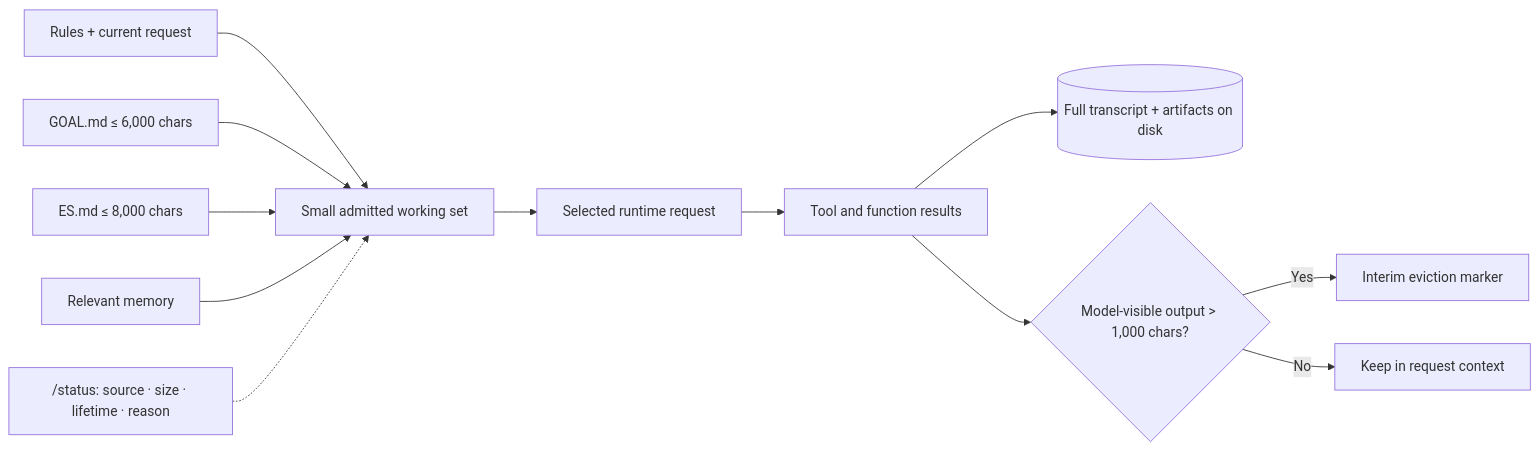
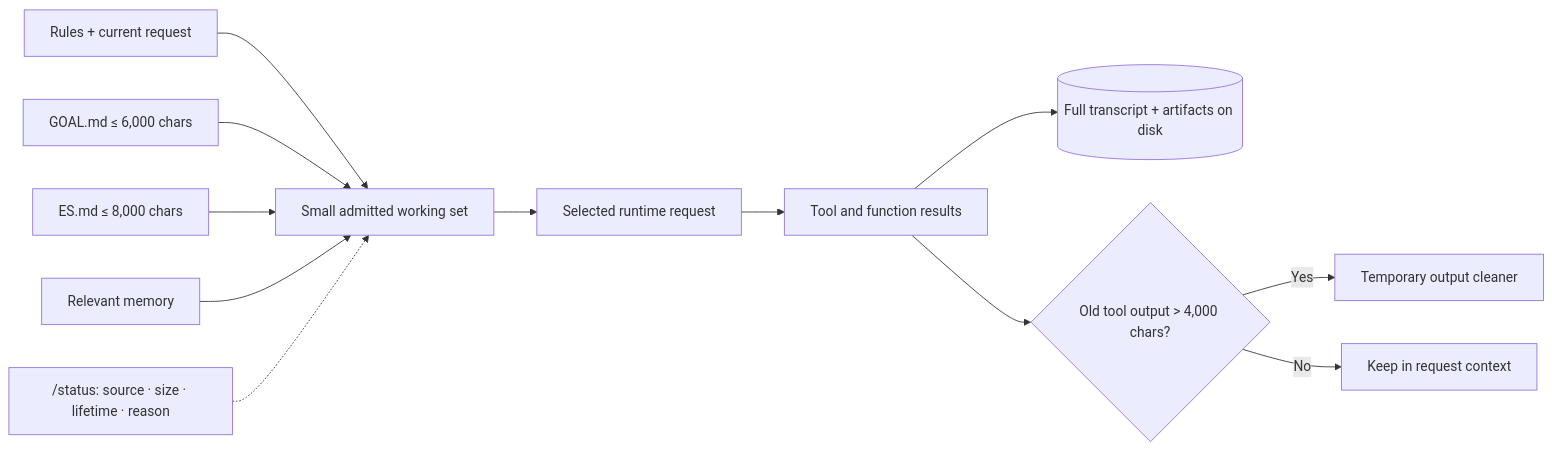
Before and after one commit to MasihMoafi/A-Modular-Kingdom: the second of 6 diagrams in readme.md, drawn with Mermaid. The commit also changed other lines of this file and 1 other file, not shown here.

````diff
--- a/readme.md
+++ b/readme.md
@@ -76,14 +82,14 @@
 ```mermaid
 flowchart LR
     rules["Rules + current request"] --> working["Small admitted working set"]
     goal["GOAL.md ≤ 6,000 chars"] --> working
     checkpoint["ES.md ≤ 8,000 chars"] --> working
     memory["Relevant memory"] --> working
     status["/status: source · size · lifetime · reason"] -.-> working
     working --> runtime["Selected runtime request"]
     runtime --> results["Tool and function results"]
     results --> disk[("Full transcript + artifacts on disk")]
-    results --> large{"Model-visible output > 1,000 chars?"}
-    large -->|Yes| marker["Interim eviction marker"]
+    results --> large{"Old tool output > 4,000 chars?"}
+    large -->|Yes| marker["Temporary output cleaner"]
     large -->|No| keep["Keep in request context"]
 ```
````
